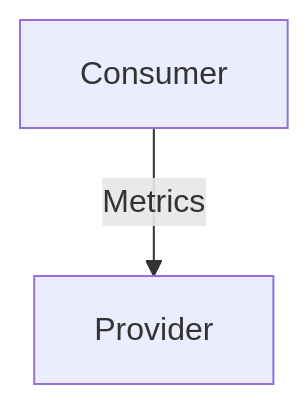
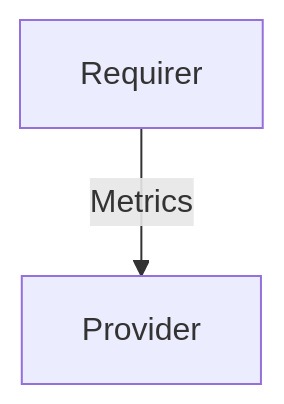
One commit to canonical/charm-relation-interfaces changed the diagram in prometheus_remote_write/README.md. Above: the diagram before and after it, drawn with Mermaid. The commit also changed other lines of this file and 11 other files, not shown here.

Commit message:
fix inconsistencies and use actual schema URLs as IDs

````diff
--- a/prometheus_remote_write/README.md
+++ b/prometheus_remote_write/README.md
@@ -11,4 +11,4 @@
 ```mermaid
 flowchart TD
-    Consumer -- Metrics --> Provider
+    Requirer -- Metrics --> Provider
 ```
````
